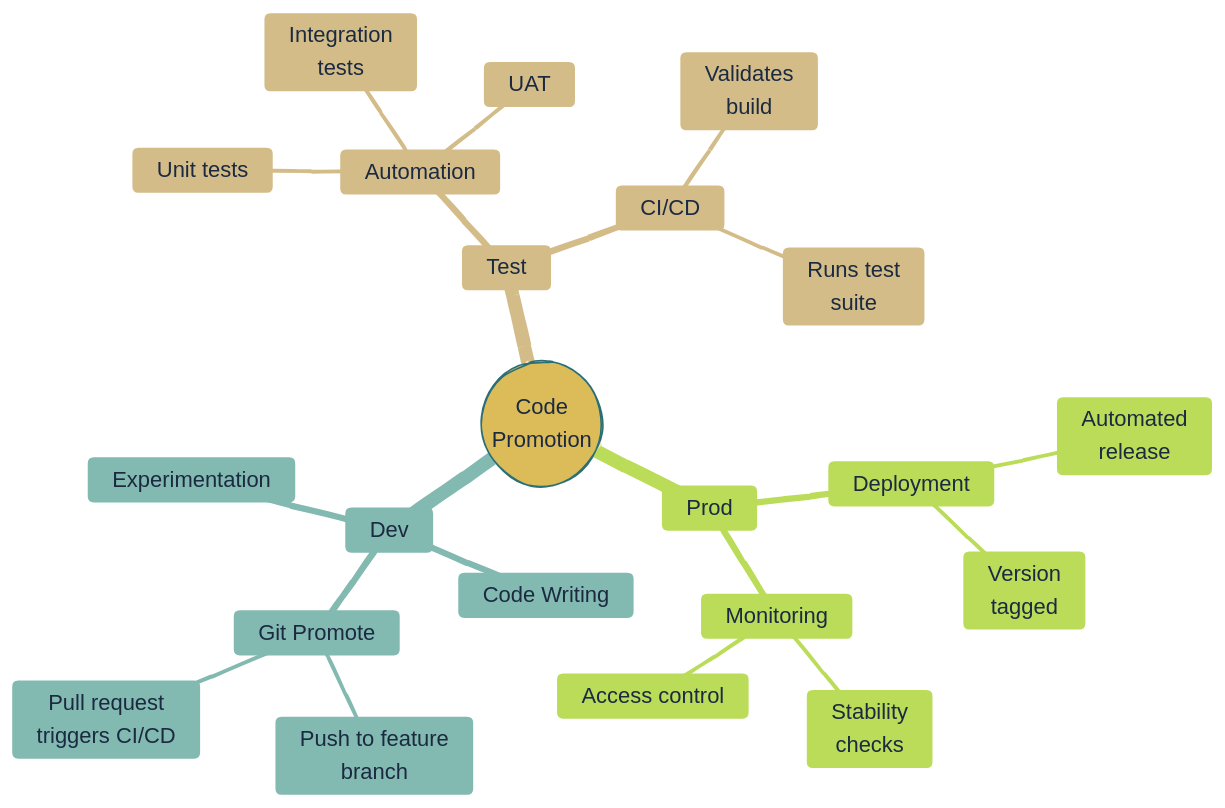
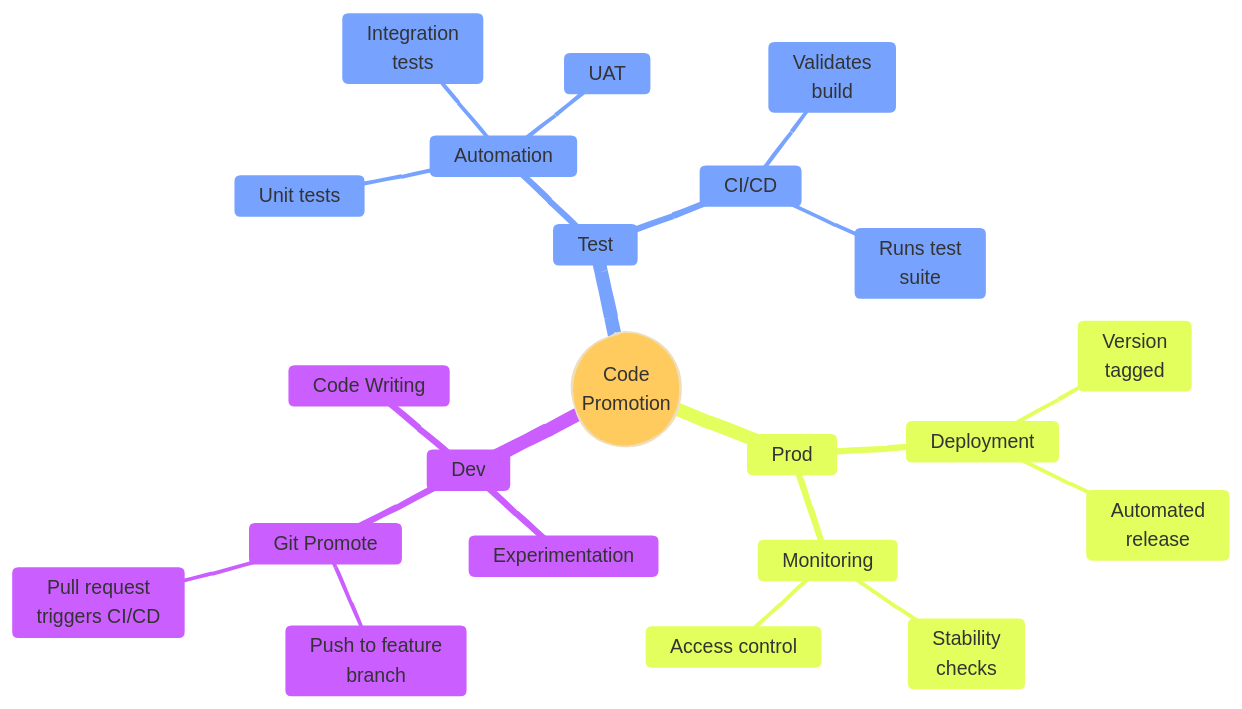
The first of 4 diagrams in lab05.qmd (mjfrigaard/do4ds-labs), drawn with Mermaid before and after one commit. The commit also changed other lines of this file and 37 other files, not shown here.

Commit message:
updates to mermaid

````diff
--- a/lab05.qmd
+++ b/lab05.qmd
@@ -53,30 +53,30 @@
 ```{mermaid}
 %%| fig-cap: 'Data Science Environments'
 %%| fig-width: 7.0
 %%| fig-align: center
-%%{init: {'theme': 'base', 'look': 'handDrawn', 'themeVariables': { 'fontFamily': 'monospace', "fontSize":"18px", 'primaryColor': '#F2E6C2', 'primaryBorderColor': '#2A6F77', 'primaryTextColor': '#1B2A41', 'secondaryColor': '#d4e7e4', 'tertiaryColor': '#f5f0e4', 'lineColor': '#1B2A41', 'edgeLabelBackground': '#F2E6C2'}}}%%
+%%{init: {'theme': 'base', 'look': 'handDrawn', 'themeVariables': {'fontFamily': 'monospace'}}}%%
 mindmap
   root((Code<br>Promotion))
     Dev
       Code Writing
       Experimentation
       Git Promote
         Push to feature<br>branch
         Pull request<br>triggers CI/CD
     Test
       Automation
         Unit tests
         Integration<br>tests
         UAT
       CI/CD
         Validates<br>build
         Runs test<br>suite
     Prod
       Deployment
         Automated<br>release
         Version<br>tagged
       Monitoring
         Stability<br>checks
         Access control
 
 ```
````
